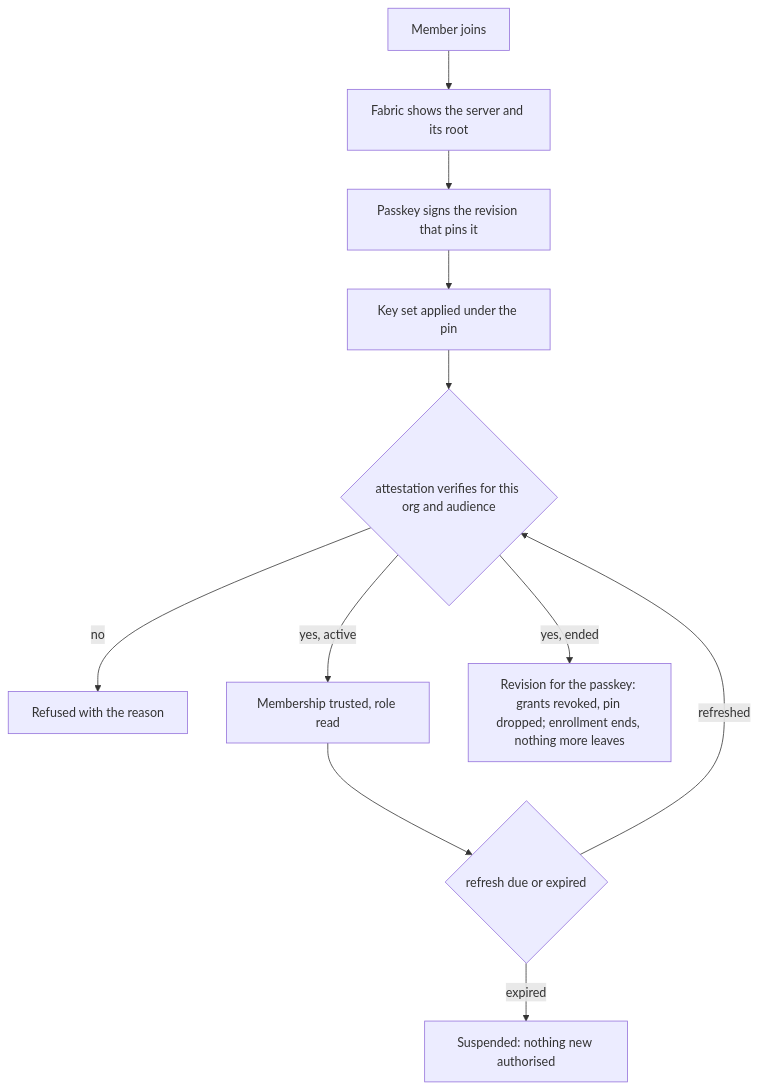
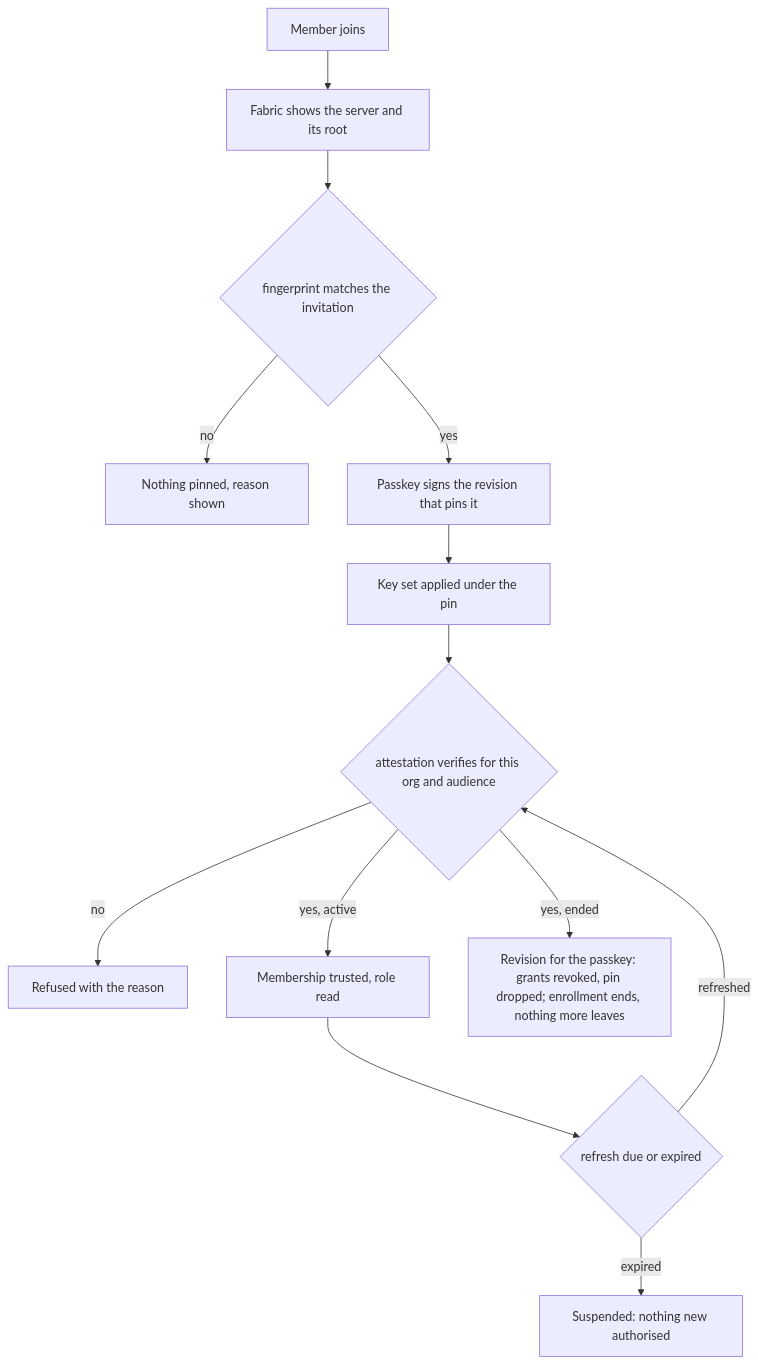
Before and after one commit to passioncode-ai/fabric-agent-contract: diagram 32 of 32 in docs/ux/flows.md, drawn with Mermaid. The commit also changed other lines of this file and 13 other files, not shown here.

````diff
--- a/docs/ux/flows.md
+++ b/docs/ux/flows.md
@@ -805,13 +805,15 @@
 ```mermaid
 flowchart TD
   J[Member joins] --> P[Fabric shows the server and its root]
-  P --> S[Passkey signs the revision that pins it]
+  P --> C{fingerprint matches the invitation}
+  C -->|no| N[Nothing pinned, reason shown]
+  C -->|yes| S[Passkey signs the revision that pins it]
   S --> K[Key set applied under the pin]
   K --> A{attestation verifies for this org and audience}
   A -->|no| R[Refused with the reason]
   A -->|yes, active| T[Membership trusted, role read]
   A -->|yes, ended| E[Revision for the passkey: grants revoked, pin dropped; enrollment ends, nothing more leaves]
   T --> F{refresh due or expired}
   F -->|refreshed| A
   F -->|expired| U[Suspended: nothing new authorised]
 ```
````
